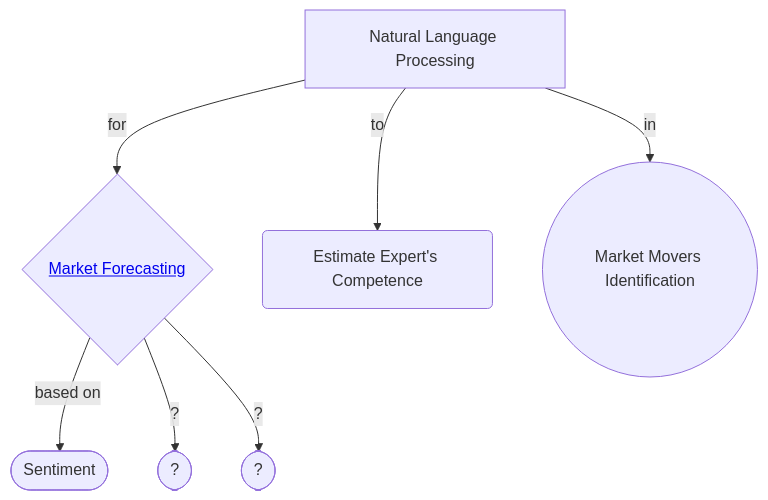
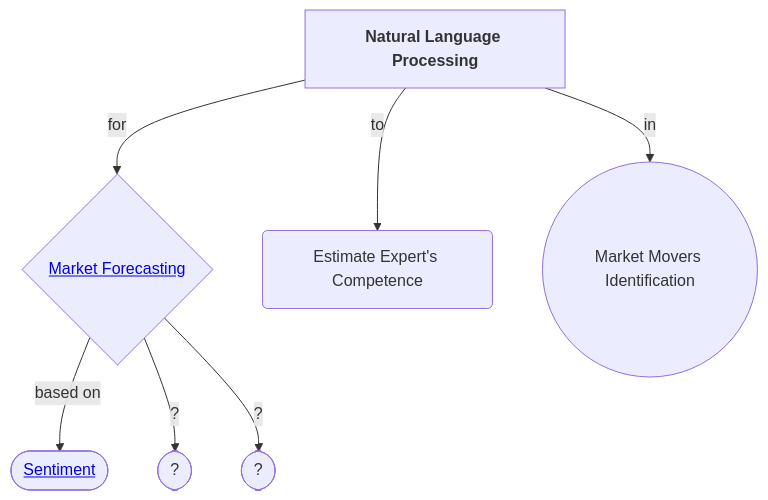
One commit to completelyboofyblitzed/STOCK-MARKET-NLP changed the diagram in README.md. Above: the diagram before and after it, drawn with Mermaid.

````diff
--- a/README.md
+++ b/README.md
@@ -3,15 +3,15 @@
 ```mermaid
 graph TD
-    %% A[Natural Language Processing] -->|for| C{Market Forecasting}
-    A[Natural Language Processing] -->|for| C{<a href='https://github.com/completelyboofyblitzed/NLP-in-STOCK-MARKET/blob/main/README.md#market-forecasting'>Market Forecasting</a>} 
+    %% A[<b>NLP</b>] -->|for| C{Market Forecasting}
+    A[<b>Natural Language Processing</b>] -->|for| C{<a href='https://github.com/completelyboofyblitzed/NLP-in-STOCK-MARKET/blob/main/README.md#market-forecasting'>Market Forecasting</a>} 
     A -->|to| G(Estimate Expert's Competence)
     A -->|in| B((Market Movers Identification))
-    C -->|based on| D([Sentiment])
+    C -->|based on| D([<a href='https://github.com/completelyboofyblitzed/NLP-in-STOCK-MARKET/blob/main/README.md#sentiment-based'>Sentiment</a>])
     C -->|?| E([?])
     C -->|?| F([?])
     %% click A callback "Tooltip for a callback"
     
     %% click C "https://github.com/completelyboofyblitzed/NLP-in-STOCK-MARKET/blob/main/README.md#market-forecasting" "This is a tooltip for a link"
     %% click D "https://github.com/completelyboofyblitzed/NLP-for-stocks#sentiment-based"
     %% click B href "http://www.github.com" "This is a tooltip for a link"
 ```
````
